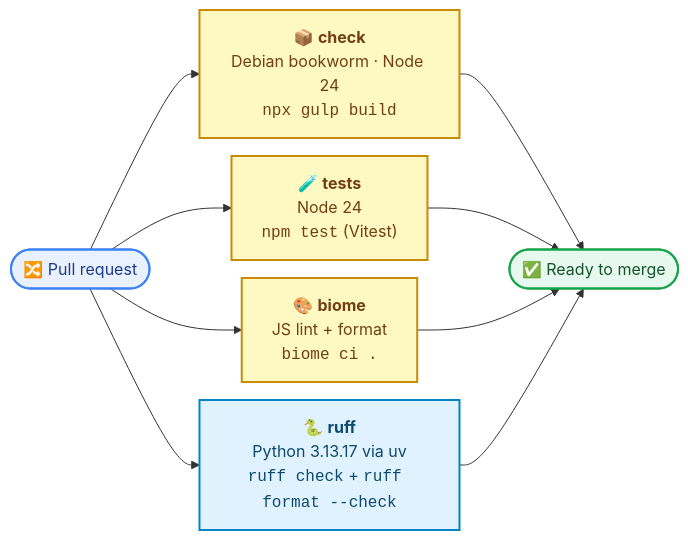
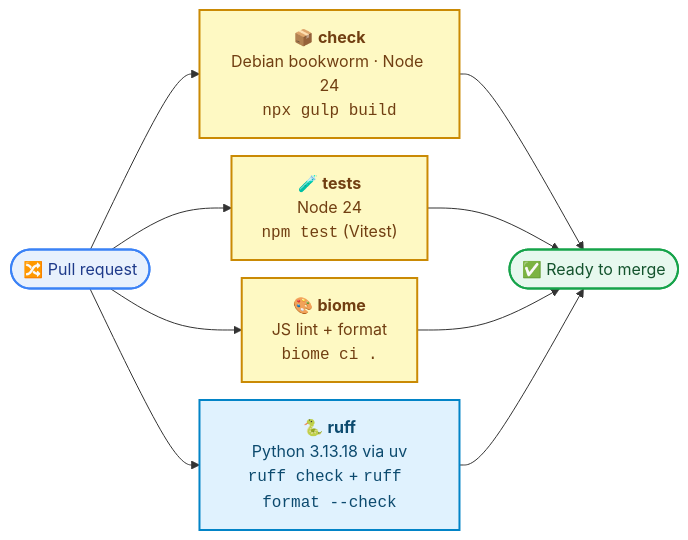
The second of 7 diagrams in docs/ci-cd.md (toolforge/video2commons), drawn with Mermaid before and after one commit. The commit also changed other lines of this file and 3 other files, not shown here.

````diff
--- a/docs/ci-cd.md
+++ b/docs/ci-cd.md
@@ -60,21 +60,21 @@
 ```mermaid
 %%{init: {"flowchart": {"curve": "basis", "nodeSpacing": 18}}}%%
 flowchart LR
     pr(["🔀 Pull request"]) --> check & tests & biome & ruff
 
     check["📦 <b>check</b><br/>Debian bookworm · Node 24<br/><code>npx gulp build</code>"]
     tests["🧪 <b>tests</b><br/>Node 24<br/><code>npm test</code> (Vitest)"]
     biome["🎨 <b>biome</b><br/>JS lint + format<br/><code>biome ci .</code>"]
-    ruff["🐍 <b>ruff</b><br/>Python 3.13.17 via uv<br/><code>ruff check</code> + <code>ruff format --check</code>"]
+    ruff["🐍 <b>ruff</b><br/>Python 3.13.18 via uv<br/><code>ruff check</code> + <code>ruff format --check</code>"]
 
     check & tests & biome & ruff --> ok(["✅ Ready to merge"])
 
     classDef start fill:#e8f1fd,stroke:#3b82f6,stroke-width:2px,color:#1e3a8a
     classDef js fill:#fef9c3,stroke:#ca8a04,stroke-width:2px,color:#713f12
     classDef py fill:#e0f2fe,stroke:#0284c7,stroke-width:2px,color:#0c4a6e
     classDef ok fill:#e7f8ee,stroke:#16a34a,stroke-width:2px,color:#14532d
     class pr start
     class check,tests,biome js
     class ruff py
     class ok ok
 ```
````
